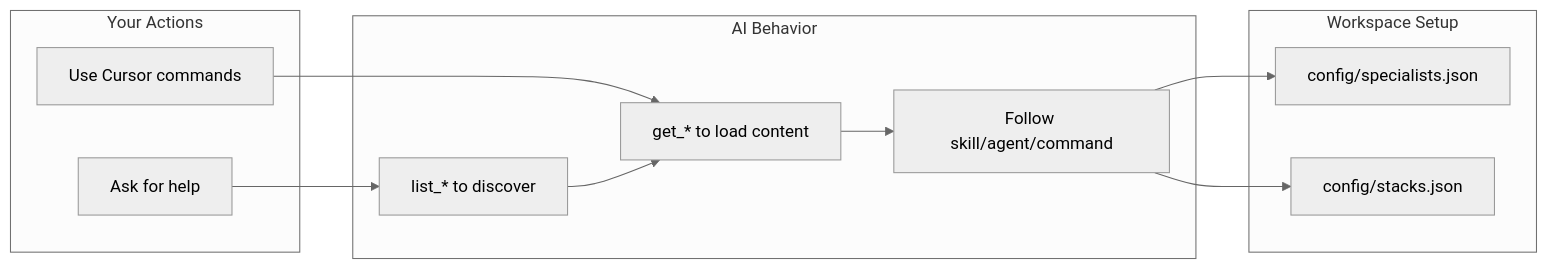
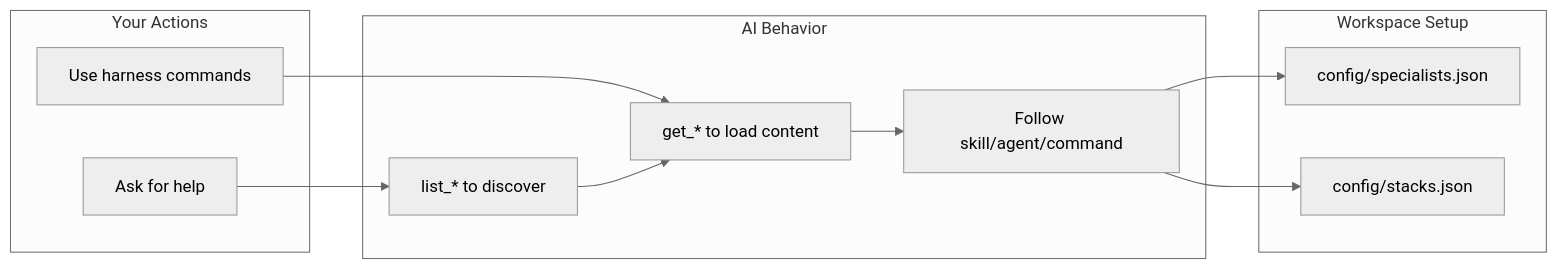
Before and after one commit to perniemann/pnCore: the diagram in docs/mcp-usage-guide.md, drawn with Mermaid (neutral theme). The commit also changed other lines of this file and 18 other files, not shown here.

````diff
--- a/docs/mcp-usage-guide.md
+++ b/docs/mcp-usage-guide.md
@@ -187,22 +187,22 @@
 ```mermaid
 flowchart LR
     subgraph You [Your Actions]
         A[Ask for help]
-        B[Use Cursor commands]
+        B[Use harness commands]
     end
     subgraph AI [AI Behavior]
         C[list_* to discover]
         D[get_* to load content]
         E[Follow skill/agent/command]
     end
     subgraph Config [Workspace Setup]
         F[config/specialists.json]
         G[config/stacks.json]
     end
     A --> C
     B --> D
     C --> D
     D --> E
     E --> F
     E --> G
 ```
````
